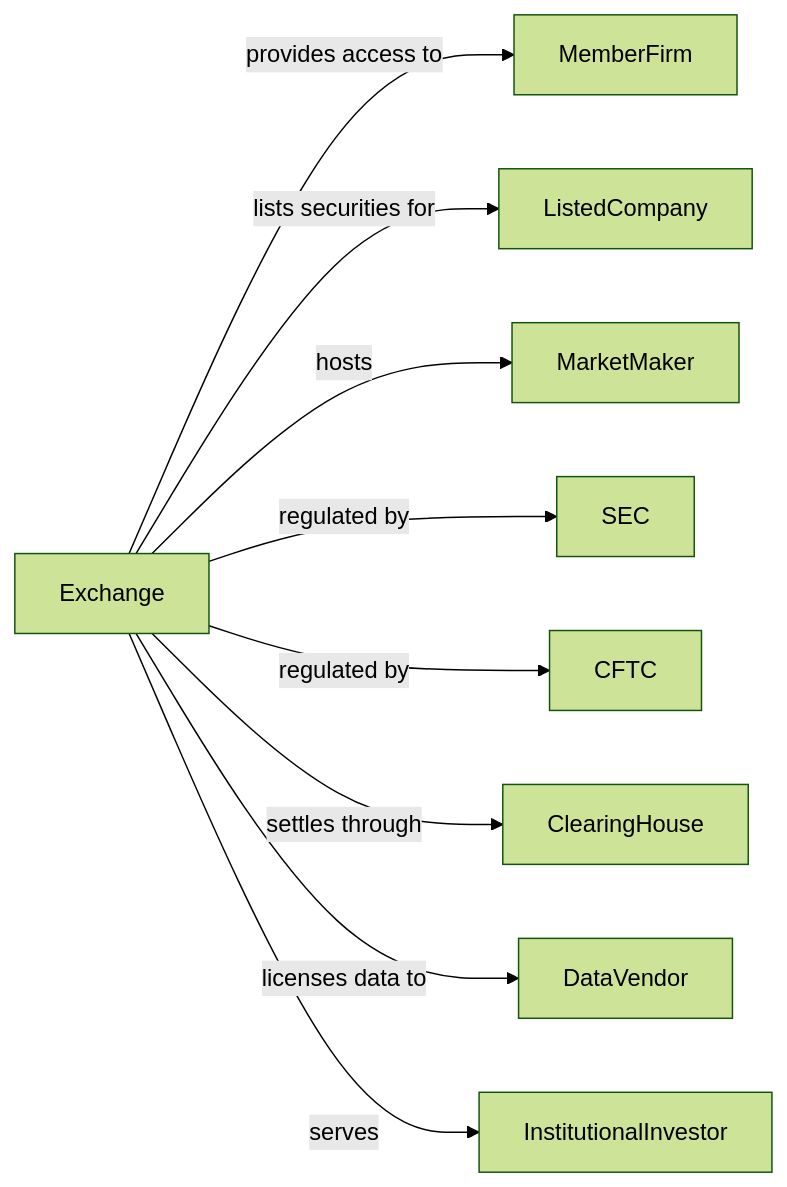
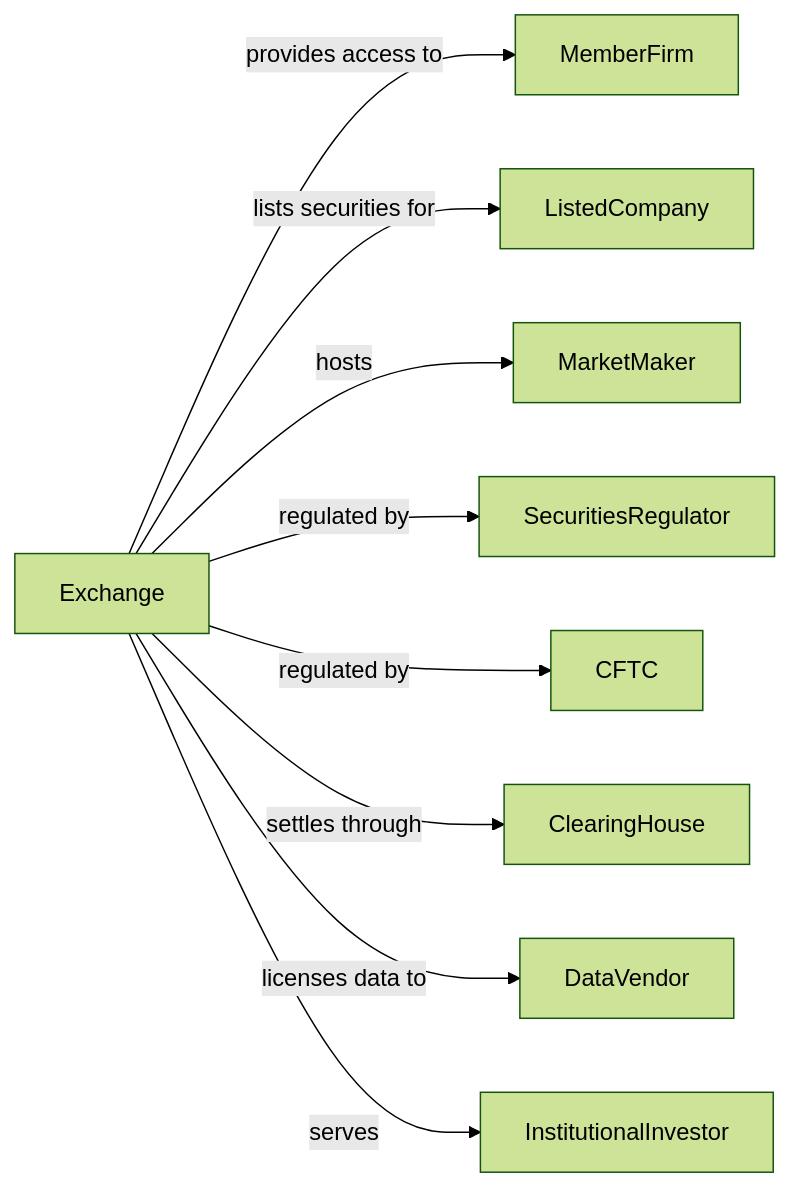
Before and after one commit to dot-org-ai/industries.org.ai: the second of 2 diagrams in Finance/SecuritiesCommodityContractsAndOtherFinancialInvestmentsAndRelatedActivities/SecuritiesAndCommodityExchanges/SecuritiesAndCommodityExchanges.mdx, drawn with Mermaid (forest theme). The commit also changed other lines of this file and 639 other files, not shown here.

````diff
--- a/Finance/SecuritiesCommodityContractsAndOtherFinancialInvestmentsAndRelatedActivities/SecuritiesAndCommodityExchanges/SecuritiesAndCommodityExchanges.mdx
+++ b/Finance/SecuritiesCommodityContractsAndOtherFinancialInvestmentsAndRelatedActivities/SecuritiesAndCommodityExchanges/SecuritiesAndCommodityExchanges.mdx
@@ -127,13 +127,13 @@
 ```mermaid
 graph LR
     Exchange[Exchange]
 
     Exchange -->|provides access to| MemberFirm
     Exchange -->|lists securities for| ListedCompany
     Exchange -->|hosts| MarketMaker
-    Exchange -->|regulated by| SEC
+    Exchange -->|regulated by| SecuritiesRegulator
     Exchange -->|regulated by| CFTC
     Exchange -->|settles through| ClearingHouse
     Exchange -->|licenses data to| DataVendor
     Exchange -->|serves| InstitutionalInvestor
 ```
````
